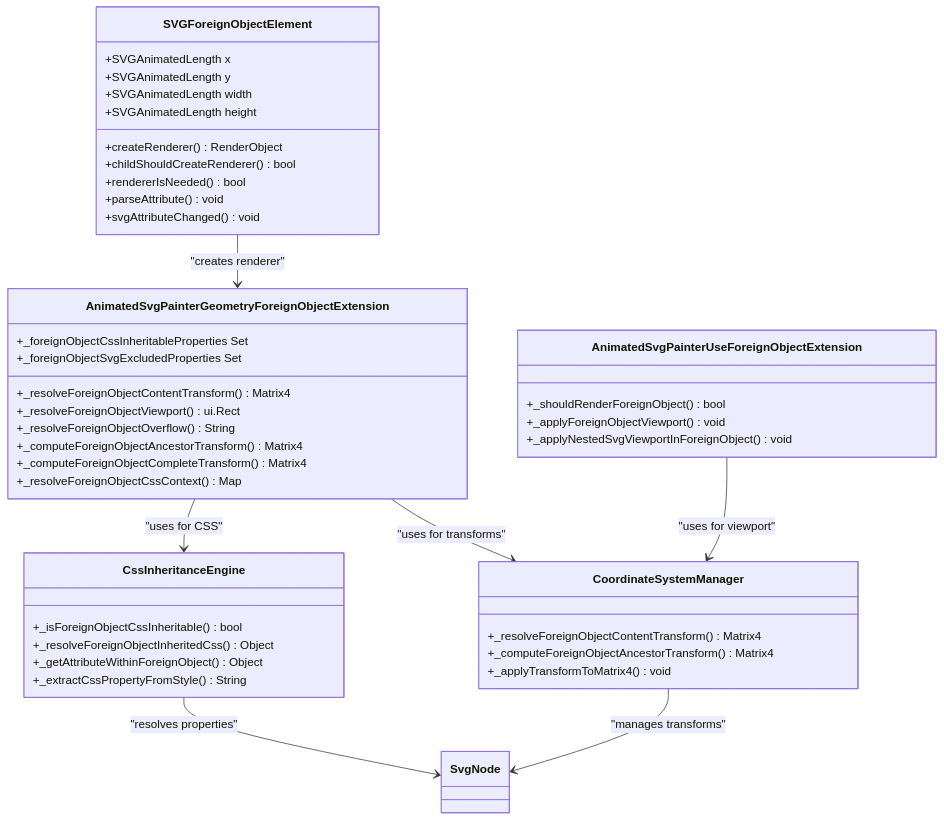
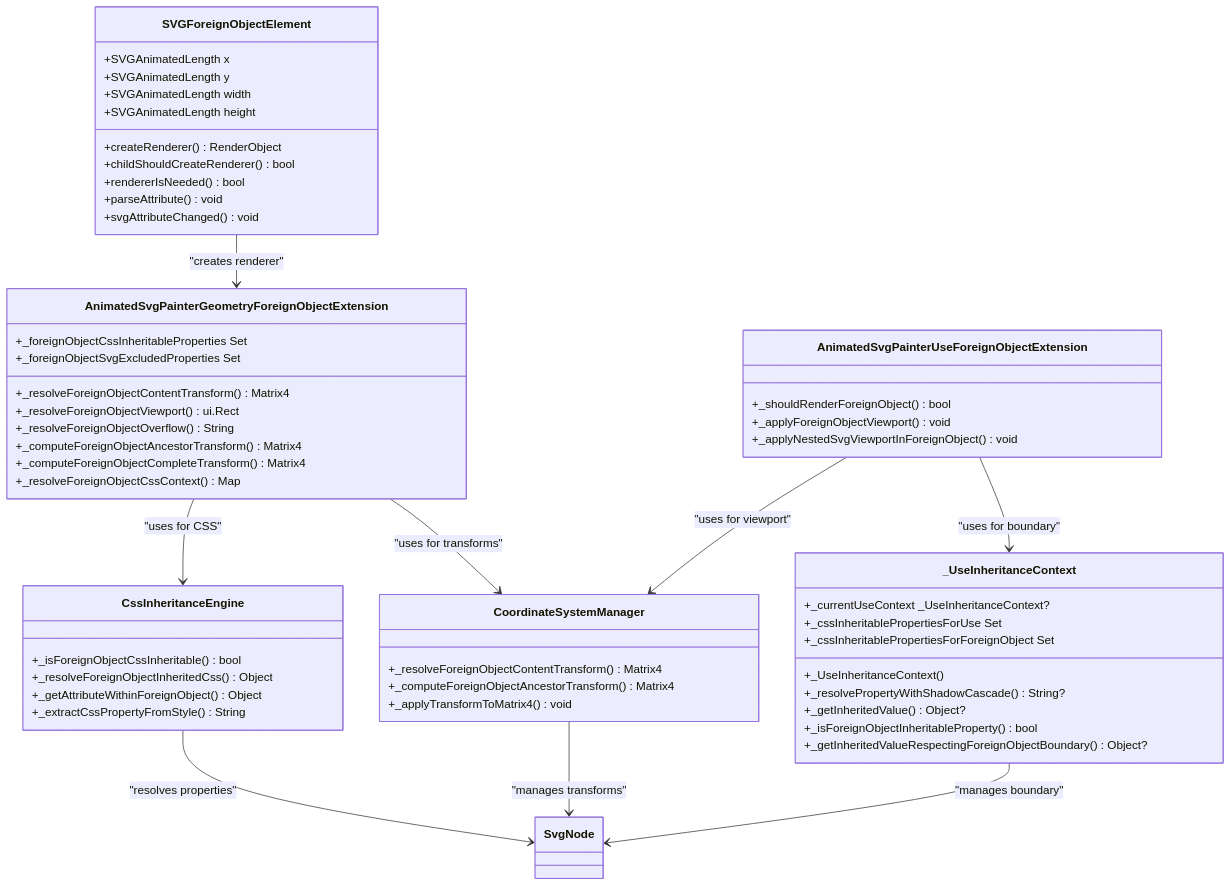
One commit to denisnadey/flutter_full_svg_support changed the first of 6 diagrams in .qoder/repowiki/en/content/Advanced Features/ForeignObject Semantics.md. Above: the diagram before and after it, drawn with Mermaid. The commit also changed other lines of this file and 65 other files, not shown here.

First line of the commit message:
refactor(animation): modularize AnimatedSvgPainter and enhance caching

````diff
--- a/.qoder/repowiki/en/content/Advanced Features/ForeignObject Semantics.md
+++ b/.qoder/repowiki/en/content/Advanced Features/ForeignObject Semantics.md
@@ -55,46 +56,58 @@
 ```mermaid
 classDiagram
 class SVGForeignObjectElement {
 +SVGAnimatedLength x
 +SVGAnimatedLength y
 +SVGAnimatedLength width
 +SVGAnimatedLength height
 +createRenderer() RenderObject
 +childShouldCreateRenderer() bool
 +rendererIsNeeded() bool
 +parseAttribute() void
 +svgAttributeChanged() void
 }
 class AnimatedSvgPainterGeometryForeignObjectExtension {
 +_foreignObjectCssInheritableProperties Set
 +_foreignObjectSvgExcludedProperties Set
 +_resolveForeignObjectContentTransform() Matrix4
 +_resolveForeignObjectViewport() ui.Rect
 +_resolveForeignObjectOverflow() String
 +_computeForeignObjectAncestorTransform() Matrix4
 +_computeForeignObjectCompleteTransform() Matrix4
 +_resolveForeignObjectCssContext() Map
 }
 class AnimatedSvgPainterUseForeignObjectExtension {
 +_shouldRenderForeignObject() bool
 +_applyForeignObjectViewport() void
 +_applyNestedSvgViewportInForeignObject() void
 }
+class _UseInheritanceContext {
++_UseInheritanceContext()
++_currentUseContext _UseInheritanceContext?
++_cssInheritablePropertiesForUse Set
++_cssInheritablePropertiesForForeignObject Set
++_resolvePropertyWithShadowCascade() String?
++_getInheritedValue() Object?
++_isForeignObjectInheritableProperty() bool
++_getInheritedValueRespectingForeignObjectBoundary() Object?
+}
 class CssInheritanceEngine {
 +_isForeignObjectCssInheritable() bool
 +_resolveForeignObjectInheritedCss() Object
 +_getAttributeWithinForeignObject() Object
 +_extractCssPropertyFromStyle() String
 }
 class CoordinateSystemManager {
 +_resolveForeignObjectContentTransform() Matrix4
 +_computeForeignObjectAncestorTransform() Matrix4
 +_applyTransformToMatrix4() void
 }
 SVGForeignObjectElement --> AnimatedSvgPainterGeometryForeignObjectExtension : "creates renderer"
 AnimatedSvgPainterGeometryForeignObjectExtension --> CssInheritanceEngine : "uses for CSS"
 AnimatedSvgPainterGeometryForeignObjectExtension --> CoordinateSystemManager : "uses for transforms"
 AnimatedSvgPainterUseForeignObjectExtension --> CoordinateSystemManager : "uses for viewport"
+AnimatedSvgPainterUseForeignObjectExtension --> _UseInheritanceContext : "uses for boundary"
 CssInheritanceEngine --> SvgNode : "resolves properties"
 CoordinateSystemManager --> SvgNode : "manages transforms"
+_UseInheritanceContext --> SvgNode : "manages boundary"
 ```
````
